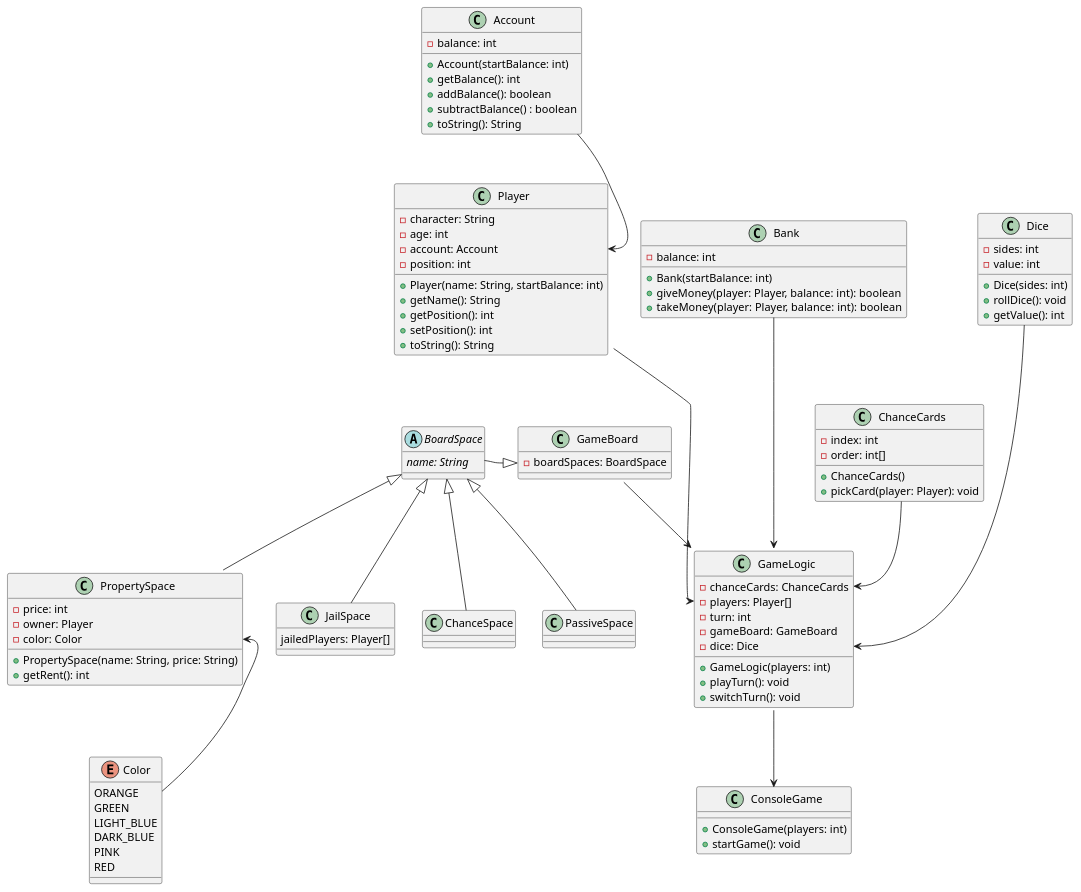
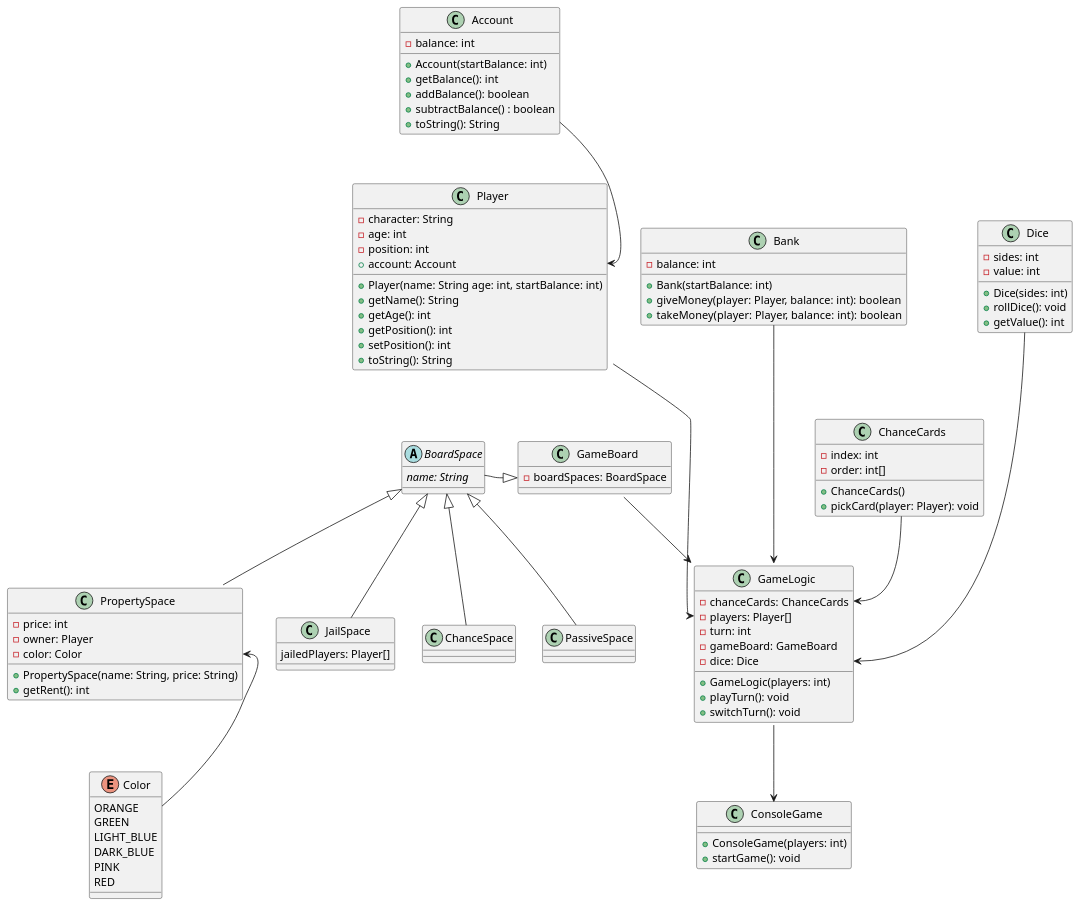
Before and after one commit to CDIO-gruppe-13/CDIO-del.-3: the diagram in diagrams/class_diagram.wsd, drawn with PlantUML.

Commit message:
changed class diagram

```diff
--- a/diagrams/class_diagram.wsd
+++ b/diagrams/class_diagram.wsd
@@ -1,109 +1,110 @@
 @startuml class_diagram
 class Account {
     - balance: int
     + Account(startBalance: int)
     + getBalance(): int
     + addBalance(): boolean
     + subtractBalance() : boolean
     + toString(): String
 }
 
 class Player {
     - character: String
     - age: int
-    - account: Account
     - position: int
-    + Player(name: String, startBalance: int)
+    + account: Account
+    + Player(name: String age: int, startBalance: int)
     + getName(): String
+    + getAge(): int
     + getPosition(): int
     + setPosition(): int
     + toString(): String
 }
 
 Account --> Player::account
 
 class Bank {
     - balance: int
     + Bank(startBalance: int)
     + giveMoney(player: Player, balance: int): boolean
     + takeMoney(player: Player, balance: int): boolean
 }
 
 abstract class BoardSpace {
     {abstract} name: String
 }
 
 class PropertySpace {
     - price: int
     - owner: Player
     - color: Color
     + PropertySpace(name: String, price: String)
     + getRent(): int
 }
 
 enum Color {
     ORANGE
     GREEN
     LIGHT_BLUE
     DARK_BLUE
     PINK
     RED
 }
 
 class JailSpace {
     jailedPlayers: Player[]
 }
 
 class ChanceSpace {}
 
 class ChanceCards {
     - index: int
     - order: int[]
     + ChanceCards()
     + pickCard(player: Player): void
 }
 
 class GameBoard {
     - boardSpaces: BoardSpace
 }
 
 class Dice {
     - sides: int
     - value: int
     + Dice(sides: int)
     + rollDice(): void
     + getValue(): int
 }
 
 PropertySpace::color <-- Color
 
 BoardSpace <|-- PropertySpace
 BoardSpace <|-- ChanceSpace
 BoardSpace <|-- JailSpace
 BoardSpace <|-- PassiveSpace
 BoardSpace -|> GameBoard::boardSpaces
 
 class GameLogic {
     - chanceCards: ChanceCards
     - players: Player[]
     - turn: int
     - gameBoard: GameBoard
     - dice: Dice
     + GameLogic(players: int)
     + playTurn(): void
     + switchTurn(): void
 }
 
 ChanceCards --> GameLogic::chanceCards
 Bank ---> GameLogic::bank
 Player ---> GameLogic::players
 Dice ---> GameLogic::dice
 GameBoard --> GameLogic
 
 class ConsoleGame {
     + ConsoleGame(players: int)
     + startGame(): void
 }
 
 GameLogic --> ConsoleGame
 @enduml
```
